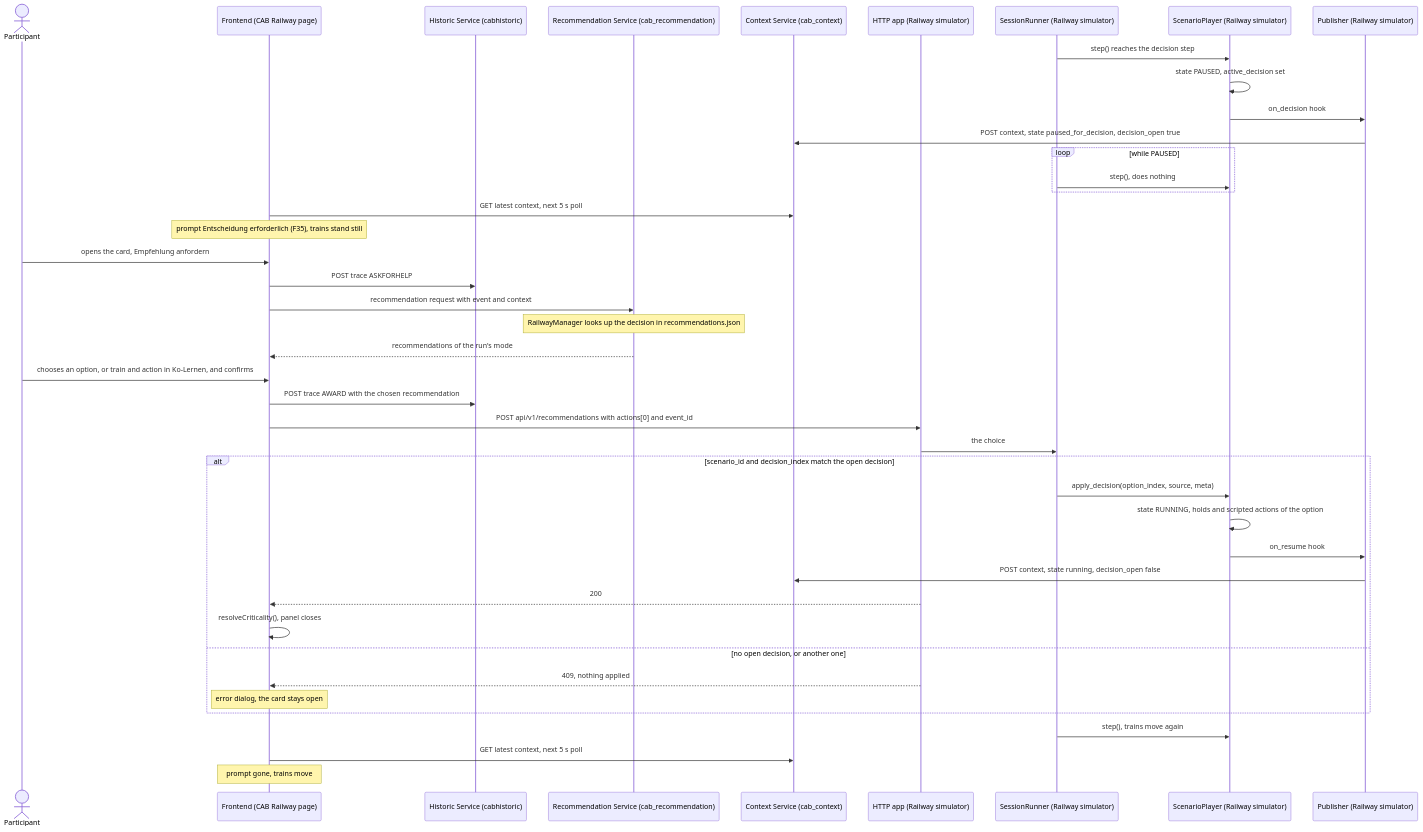
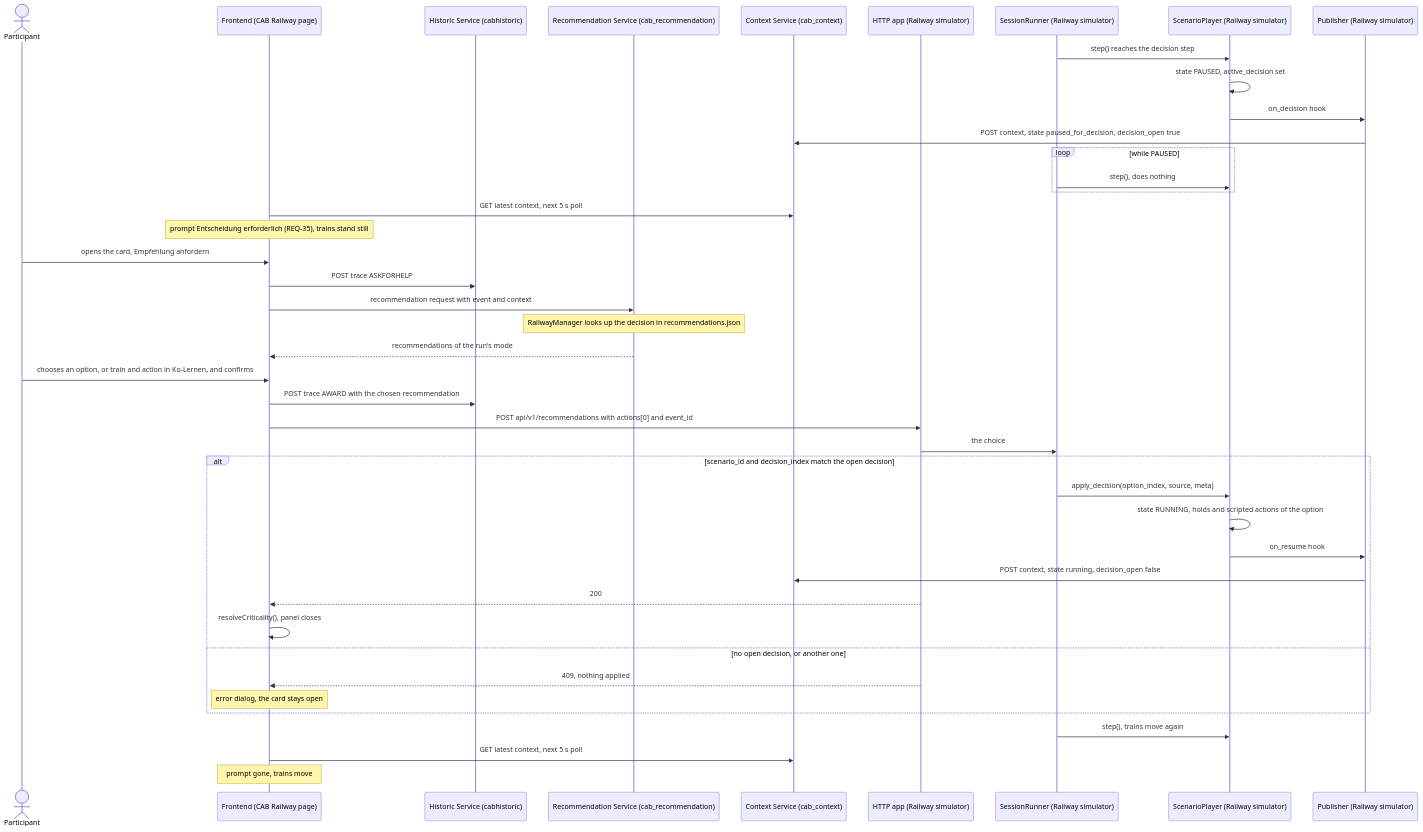
One commit to ainetus/InteractiveAI changed the eighth of 19 diagrams in docs/plans/railway-use-case.md. Above: the diagram before and after it, drawn with Mermaid. The commit also changed other lines of this file, not shown here.

````diff
--- a/docs/plans/railway-use-case.md
+++ b/docs/plans/railway-use-case.md
@@ -1495,44 +1495,44 @@
 ```mermaid
 sequenceDiagram
     actor Op as Participant
     participant FE as Frontend (CAB Railway page)
     participant Hist as Historic Service (cabhistoric)
     participant Rec as Recommendation Service (cab_recommendation)
     participant Ctx as Context Service (cab_context)
     participant App as HTTP app (Railway simulator)
     participant Run as SessionRunner (Railway simulator)
     participant Player as ScenarioPlayer (Railway simulator)
     participant Pub as Publisher (Railway simulator)
     Run->>Player: step() reaches the decision step
     Player->>Player: state PAUSED, active_decision set
     Player->>Pub: on_decision hook
     Pub->>Ctx: POST context, state paused_for_decision, decision_open true
     loop while PAUSED
         Run->>Player: step(), does nothing
     end
     FE->>Ctx: GET latest context, next 5 s poll
-    Note over FE: prompt Entscheidung erforderlich (F35), trains stand still
+    Note over FE: prompt Entscheidung erforderlich (REQ-35), trains stand still
     Op->>FE: opens the card, Empfehlung anfordern
     FE->>Hist: POST trace ASKFORHELP
     FE->>Rec: recommendation request with event and context
     Note over Rec: RailwayManager looks up the decision in recommendations.json
     Rec-->>FE: recommendations of the run's mode
     Op->>FE: chooses an option, or train and action in Ko-Lernen, and confirms
     FE->>Hist: POST trace AWARD with the chosen recommendation
     FE->>App: POST api/v1/recommendations with actions[0] and event_id
     App->>Run: the choice
     alt scenario_id and decision_index match the open decision
         Run->>Player: apply_decision(option_index, source, meta)
         Player->>Player: state RUNNING, holds and scripted actions of the option
         Player->>Pub: on_resume hook
         Pub->>Ctx: POST context, state running, decision_open false
         App-->>FE: 200
         FE->>FE: resolveCriticality(), panel closes
     else no open decision, or another one
         App-->>FE: 409, nothing applied
         Note over FE: error dialog, the card stays open
     end
     Run->>Player: step(), trains move again
     FE->>Ctx: GET latest context, next 5 s poll
     Note over FE: prompt gone, trains move
 ```
````
